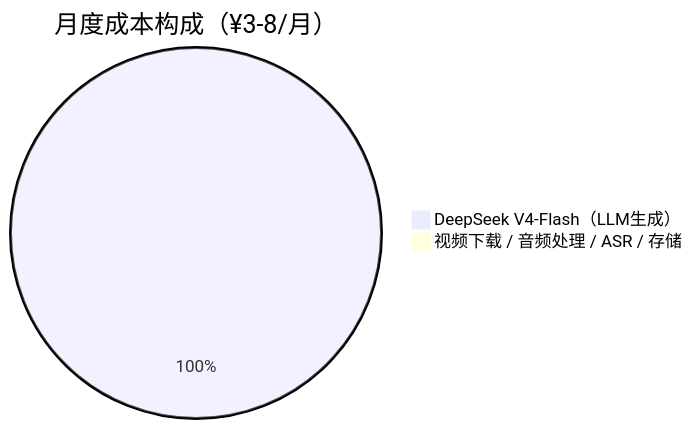
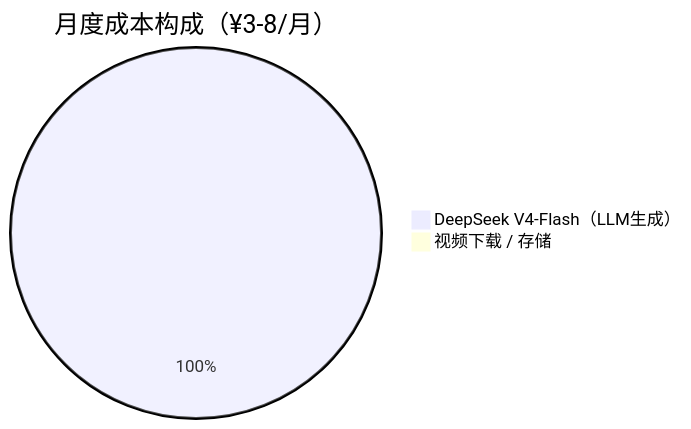
Before and after one commit to liaowo6508-glitch/Video_TO_Blog: the sixth of 6 diagrams in AI_talking_about.md, drawn with Mermaid. The commit also changed other lines of this file and 17 other files, not shown here.

````diff
--- a/AI_talking_about.md
+++ b/AI_talking_about.md
@@ -527,5 +483,5 @@
 ```mermaid
 pie title 月度成本构成（¥3-8/月）
     "DeepSeek V4-Flash（LLM生成）" : 5
-    "视频下载 / 音频处理 / ASR / 存储" : 0
+    "视频下载 / 存储" : 0
 ```
````
